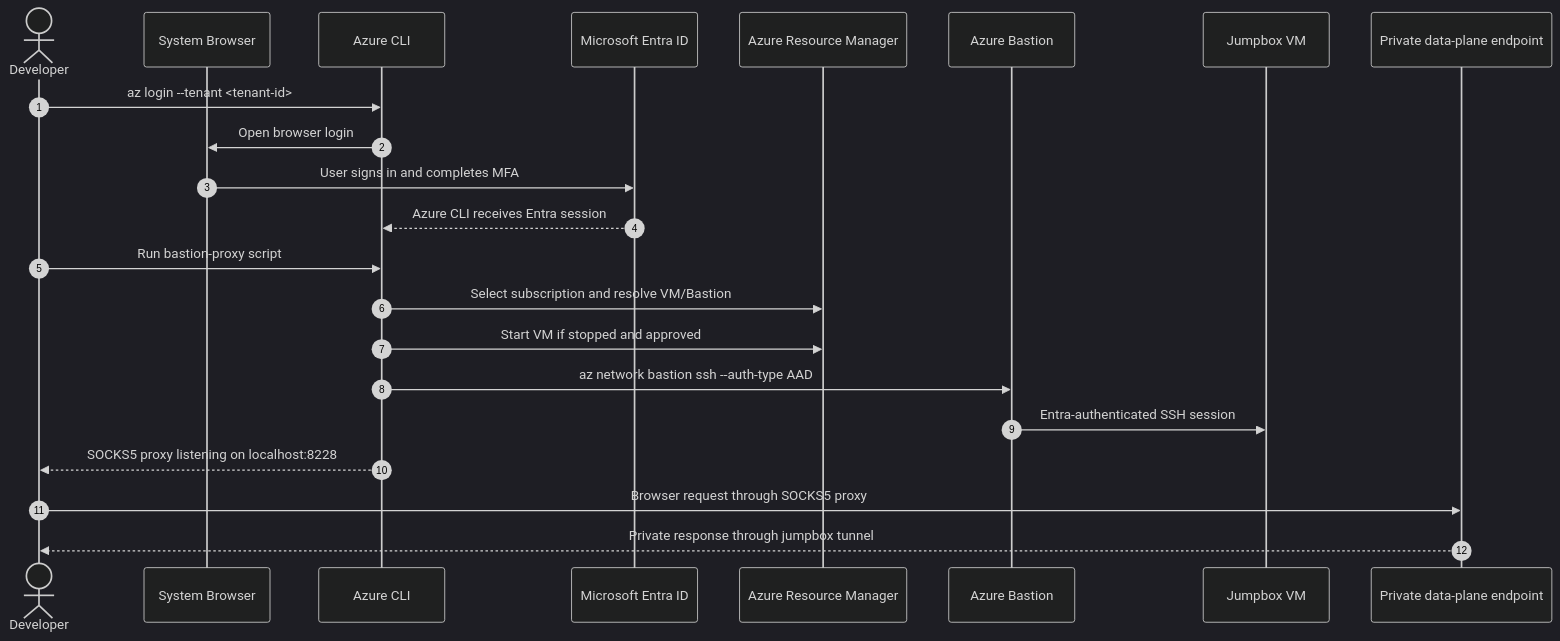
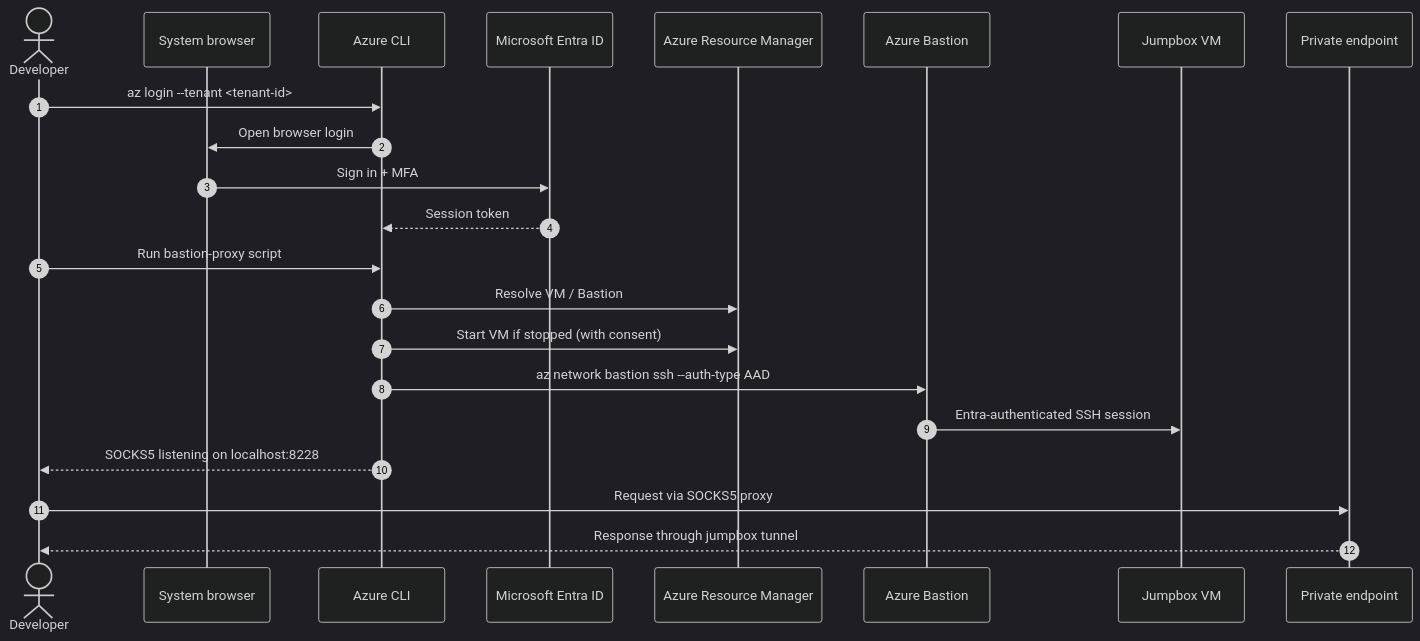
One commit to bcgov/eo-dmi-alz-bastion-jumpbox changed the second of 8 diagrams in README.md. Above: the diagram before and after it, drawn with Mermaid (dark theme). The commit also changed other lines of this file and 1 other file, not shown here.

````diff
--- a/README.md
+++ b/README.md
@@ -244,25 +99,25 @@
 ```mermaid
 sequenceDiagram
   autonumber
   actor Dev as Developer
-  participant Browser as System Browser
+  participant Browser as System browser
   participant CLI as Azure CLI
   participant Entra as Microsoft Entra ID
   participant ARM as Azure Resource Manager
   participant Bastion as Azure Bastion
   participant VM as Jumpbox VM
-  participant Endpoint as Private data-plane endpoint
+  participant Endpoint as Private endpoint
 
   Dev->>CLI: az login --tenant <tenant-id>
   CLI->>Browser: Open browser login
-  Browser->>Entra: User signs in and completes MFA
-  Entra-->>CLI: Azure CLI receives Entra session
+  Browser->>Entra: Sign in + MFA
+  Entra-->>CLI: Session token
   Dev->>CLI: Run bastion-proxy script
-  CLI->>ARM: Select subscription and resolve VM/Bastion
-  CLI->>ARM: Start VM if stopped and approved
+  CLI->>ARM: Resolve VM / Bastion
+  CLI->>ARM: Start VM if stopped (with consent)
   CLI->>Bastion: az network bastion ssh --auth-type AAD
   Bastion->>VM: Entra-authenticated SSH session
-  CLI-->>Dev: SOCKS5 proxy listening on localhost:8228
-  Dev->>Endpoint: Browser request through SOCKS5 proxy
-  Endpoint-->>Dev: Private response through jumpbox tunnel
+  CLI-->>Dev: SOCKS5 listening on localhost:8228
+  Dev->>Endpoint: Request via SOCKS5 proxy
+  Endpoint-->>Dev: Response through jumpbox tunnel
 ```
````
